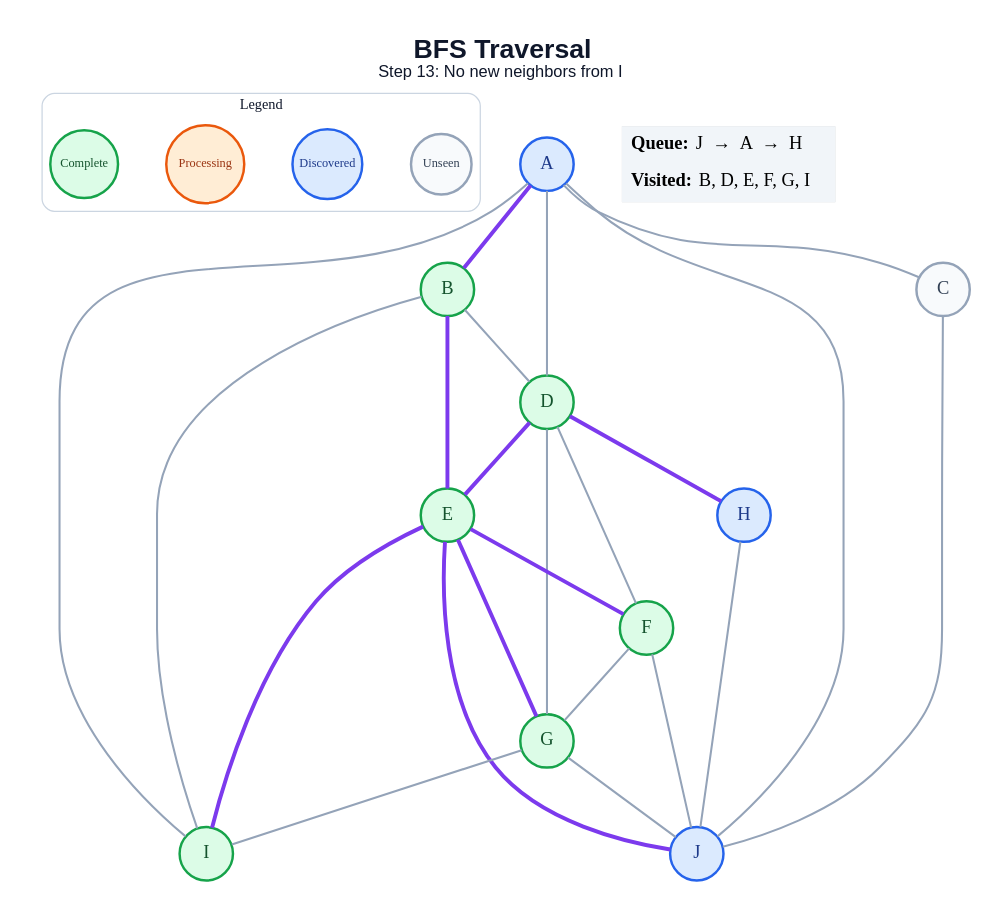
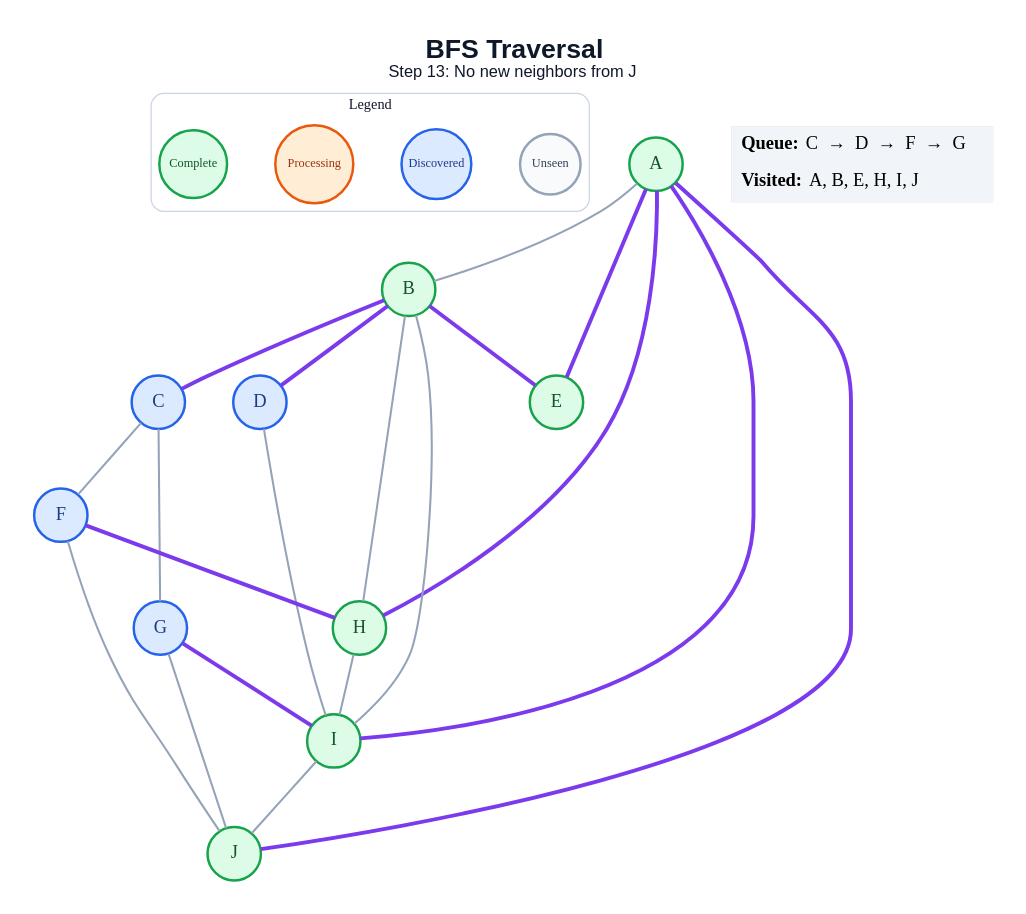
One commit to amanghodawala9/ai-slop changed the diagram in generated/specific-node/bfs/step_13.dot. Above: the diagram before and after it, drawn with Graphviz. The commit also changed 178 other files, not shown here.

```diff
--- a/generated/specific-node/bfs/step_13.dot
+++ b/generated/specific-node/bfs/step_13.dot
@@ -1,51 +1,48 @@
 graph traversal {
   graph [layout=dot, rankdir=TB, bgcolor="#FFFFFF", pad="0.35", nodesep="0.65", ranksep="0.8", fontname="Arial"];
   node [shape=circle, style="filled", fontname="Arial Bold", fontsize=18, width=0.72, fixedsize=true, penwidth=2.4];
   edge [color="#94A3B8", penwidth=2.0];
-  label=<<B>BFS Traversal</B><BR/><FONT POINT-SIZE="16">Step 13: No new neighbors from I</FONT>>; labelloc="t"; fontsize=26; fontname="Arial"; fontcolor="#0F172A";
+  label=<<B>BFS Traversal</B><BR/><FONT POINT-SIZE="16">Step 13: No new neighbors from J</FONT>>; labelloc="t"; fontsize=26; fontname="Arial"; fontcolor="#0F172A";
   subgraph cluster_legend { label="Legend"; color="#CBD5E1"; penwidth=1.2; style="rounded"; fontsize=14; fontname="Arial Bold";
     key_unseen [label="Unseen", fillcolor="#F8FAFC", color="#94A3B8", fontcolor="#334155", fontsize=12, width=0.82];
     key_frontier [label="Discovered", fillcolor="#DBEAFE", color="#2563EB", fontcolor="#1E3A8A", fontsize=12, width=0.95];
     key_current [label="Processing", fillcolor="#FFEDD5", color="#EA580C", fontcolor="#9A3412", fontsize=12, width=1.05];
     key_done [label="Complete", fillcolor="#DCFCE7", color="#16A34A", fontcolor="#14532D", fontsize=12, width=0.92];
     { rank=same; key_unseen; key_frontier; key_current; key_done; }
   }
-  A [fillcolor="#DBEAFE", color="#2563EB", fontcolor="#1E3A8A"];
+  A [fillcolor="#DCFCE7", color="#16A34A", fontcolor="#14532D"];
   B [fillcolor="#DCFCE7", color="#16A34A", fontcolor="#14532D"];
-  C [fillcolor="#F8FAFC", color="#94A3B8", fontcolor="#334155"];
-  D [fillcolor="#DCFCE7", color="#16A34A", fontcolor="#14532D"];
+  C [fillcolor="#DBEAFE", color="#2563EB", fontcolor="#1E3A8A"];
+  D [fillcolor="#DBEAFE", color="#2563EB", fontcolor="#1E3A8A"];
   E [fillcolor="#DCFCE7", color="#16A34A", fontcolor="#14532D"];
-  F [fillcolor="#DCFCE7", color="#16A34A", fontcolor="#14532D"];
-  G [fillcolor="#DCFCE7", color="#16A34A", fontcolor="#14532D"];
-  H [fillcolor="#DBEAFE", color="#2563EB", fontcolor="#1E3A8A"];
+  F [fillcolor="#DBEAFE", color="#2563EB", fontcolor="#1E3A8A"];
+  G [fillcolor="#DBEAFE", color="#2563EB", fontcolor="#1E3A8A"];
+  H [fillcolor="#DCFCE7", color="#16A34A", fontcolor="#14532D"];
   I [fillcolor="#DCFCE7", color="#16A34A", fontcolor="#14532D"];
-  J [fillcolor="#DBEAFE", color="#2563EB", fontcolor="#1E3A8A"];
-  A -- B [color="#7C3AED", penwidth=3.8];
-  A -- C;
-  A -- D;
-  A -- I;
-  A -- J;
-  B -- D;
+  J [fillcolor="#DCFCE7", color="#16A34A", fontcolor="#14532D"];
+  A -- B;
+  A -- E [color="#7C3AED", penwidth=3.8];
+  A -- H [color="#7C3AED", penwidth=3.8];
+  A -- I [color="#7C3AED", penwidth=3.8];
+  A -- J [color="#7C3AED", penwidth=3.8];
+  B -- C [color="#7C3AED", penwidth=3.8];
+  B -- D [color="#7C3AED", penwidth=3.8];
   B -- E [color="#7C3AED", penwidth=3.8];
+  B -- H;
   B -- I;
-  C -- J;
-  D -- E [color="#7C3AED", penwidth=3.8];
-  D -- F;
-  D -- G;
-  D -- H [color="#7C3AED", penwidth=3.8];
-  E -- F [color="#7C3AED", penwidth=3.8];
-  E -- G [color="#7C3AED", penwidth=3.8];
-  E -- I [color="#7C3AED", penwidth=3.8];
-  E -- J [color="#7C3AED", penwidth=3.8];
-  F -- G;
+  C -- F;
+  C -- G;
+  D -- I;
+  F -- H [color="#7C3AED", penwidth=3.8];
   F -- J;
-  G -- I;
+  G -- I [color="#7C3AED", penwidth=3.8];
   G -- J;
-  H -- J;
+  H -- I;
+  I -- J;
   status [shape=plain, fixedsize=false, width=0, height=0, margin=0, label=<
     <TABLE BORDER="0" CELLBORDER="0" CELLPADDING="7" BGCOLOR="#F1F5F9">
-      <TR><TD ALIGN="LEFT"><B>Queue:</B> J  →  A  →  H</TD></TR>
-      <TR><TD ALIGN="LEFT"><B>Visited:</B> B, D, E, F, G, I</TD></TR>
+      <TR><TD ALIGN="LEFT"><B>Queue:</B> C  →  D  →  F  →  G</TD></TR>
+      <TR><TD ALIGN="LEFT"><B>Visited:</B> A, B, E, H, I, J</TD></TR>
     </TABLE>
   >];
 }
```
